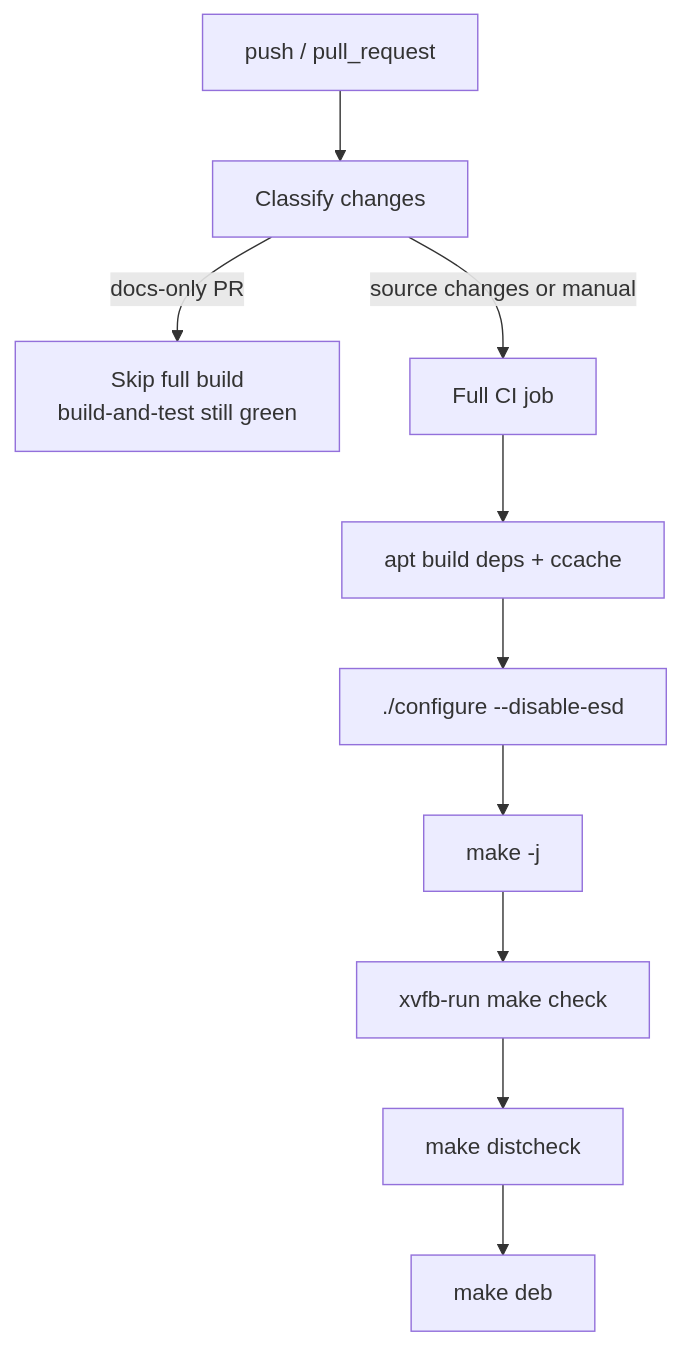
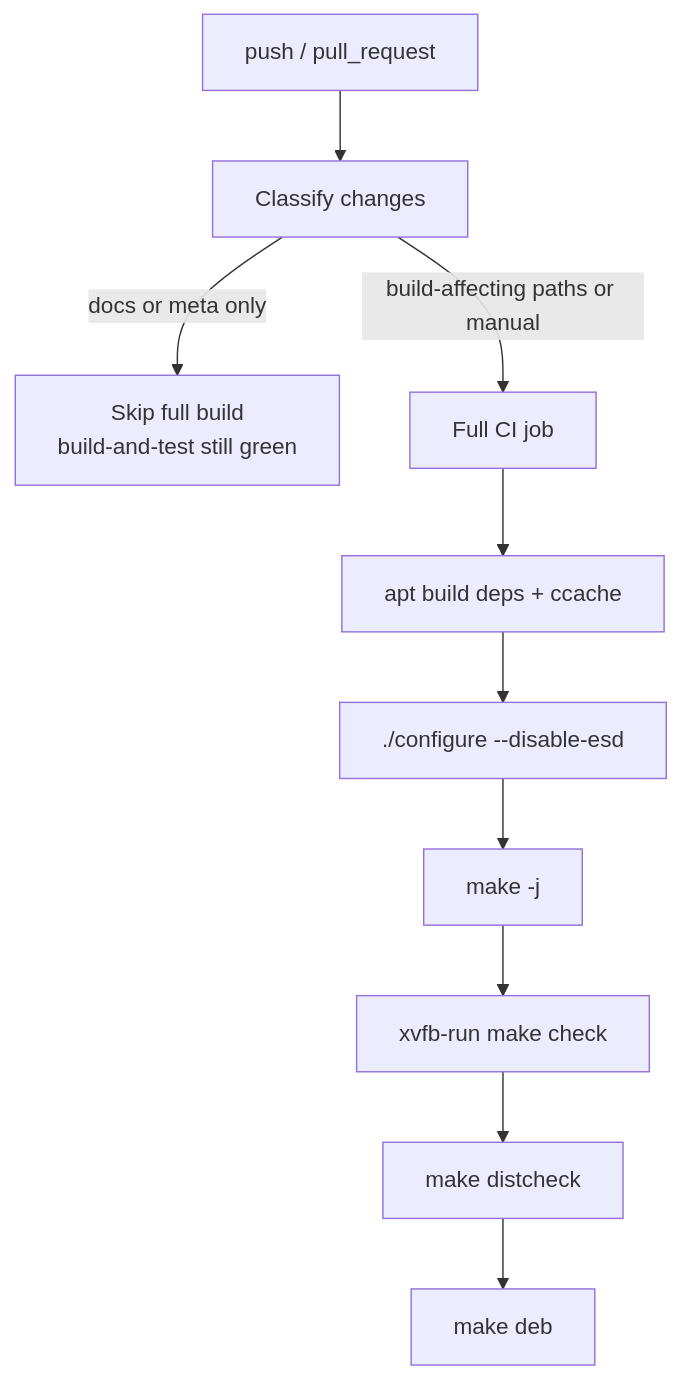
The fourth of 4 diagrams in docs/architecture/build-and-test.md (tuunanet/xmms-gtk4-experimental), drawn with Mermaid before and after one commit. The commit also changed other lines of this file and 2 other files, not shown here.

First line of the commit message:
ci: skip full suite for docs and non-build metadata paths

````diff
--- a/docs/architecture/build-and-test.md
+++ b/docs/architecture/build-and-test.md
@@ -183,12 +183,12 @@
 ```mermaid
 flowchart TB
-    P[push / pull_request] --> CL[Classify changes]
-    CL -->|docs-only PR| SKIP[Skip full build<br/>build-and-test still green]
-    CL -->|source changes or manual| FULL[Full CI job]
+    P["push / pull_request"] --> CL[Classify changes]
+    CL -->|docs or meta only| SKIP["Skip full build<br/>build-and-test still green"]
+    CL -->|build-affecting paths or manual| FULL[Full CI job]
     FULL --> DEP[apt build deps + ccache]
     DEP --> CFG["./configure --disable-esd"]
     CFG --> BLD[make -j]
     BLD --> TST["xvfb-run make check"]
     TST --> DC[make distcheck]
     DC --> DEB[make deb]
 ```
````
